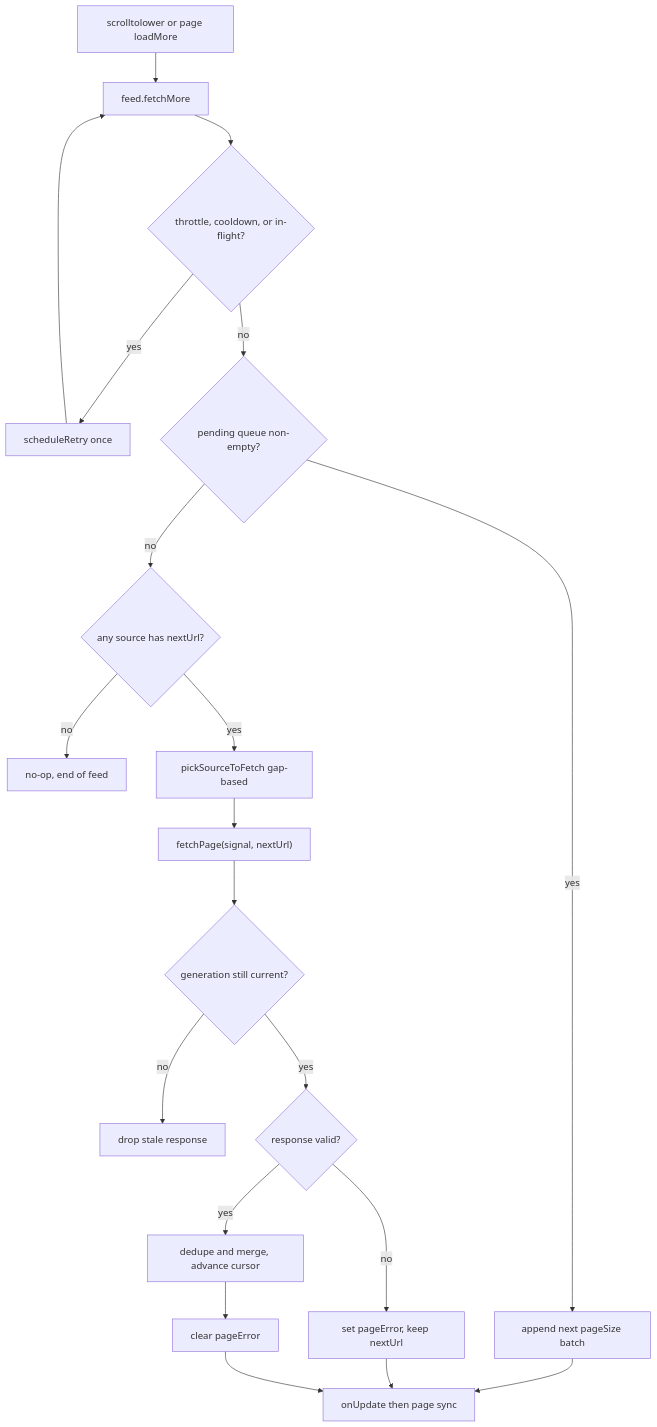
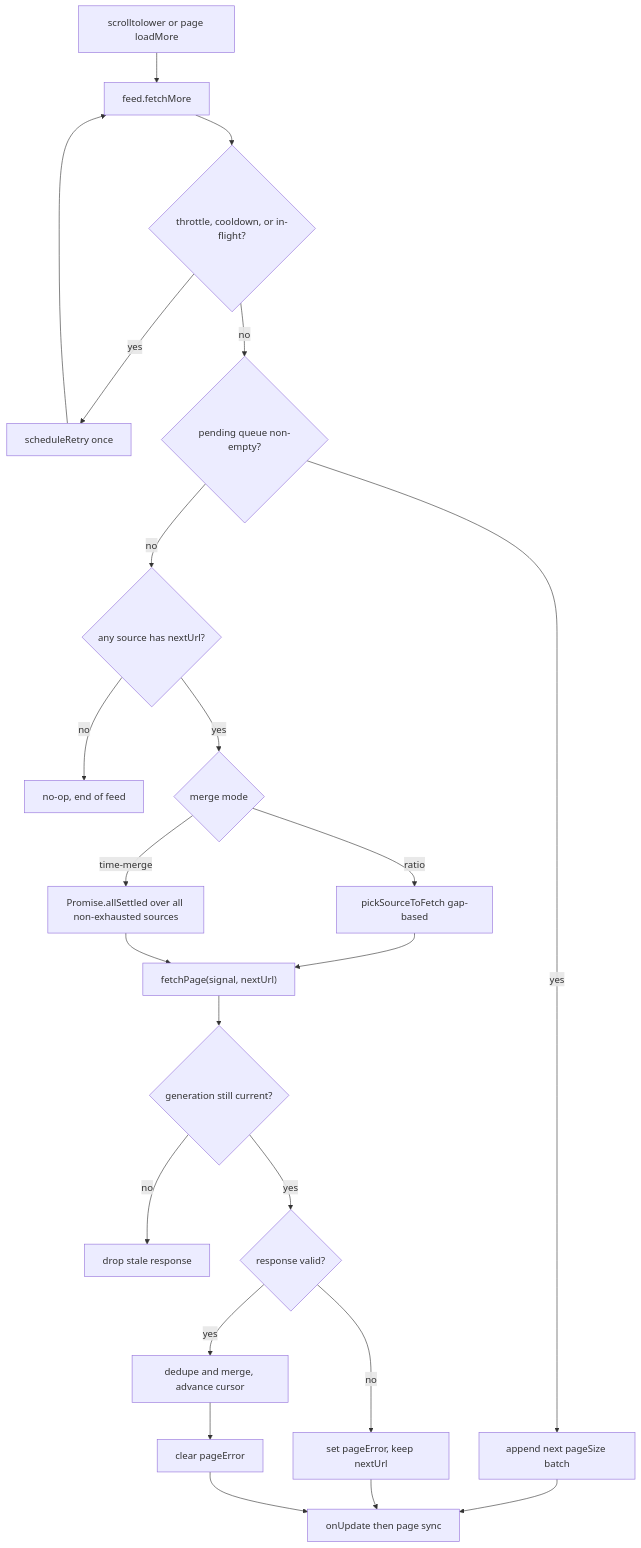
One commit to a1121611810/Pictelio changed the first of 2 diagrams in openwiki/domain/feed-and-browsing.md. Above: the diagram before and after it, drawn with Mermaid. The commit also changed other lines of this file and 33 other files, not shown here.

````diff
--- a/openwiki/domain/feed-and-browsing.md
+++ b/openwiki/domain/feed-and-browsing.md
@@ -108,17 +157,20 @@
 ```mermaid
 flowchart TD
     P["scrolltolower or page loadMore"] --> FB["feed.fetchMore"]
     FB --> D{"throttle, cooldown, or in-flight?"}
     D -->|yes| R1["scheduleRetry once"] --> FB
     D -->|no| PEND{"pending queue non-empty?"}
     PEND -->|yes| APPEND["append next pageSize batch"] --> UPD["onUpdate then page sync"]
     PEND -->|no| HAS{"any source has nextUrl?"}
     HAS -->|no| NOP["no-op, end of feed"]
-    HAS -->|yes| PICK["pickSourceToFetch gap-based"]
+    HAS -->|yes| MODE{"merge mode"}
+    MODE -->|ratio| PICK["pickSourceToFetch gap-based"]
+    MODE -->|time-merge| FAN["Promise.allSettled over all non-exhausted sources"]
     PICK --> FETCH["fetchPage(signal, nextUrl)"]
+    FAN --> FETCH
     FETCH --> G{"generation still current?"}
     G -->|no| STALE["drop stale response"]
     G -->|yes| OK{"response valid?"}
     OK -->|no| PE["set pageError, keep nextUrl"] --> UPD
     OK -->|yes| M["dedupe and merge, advance cursor"] --> CLR["clear pageError"] --> UPD
 ```
````
